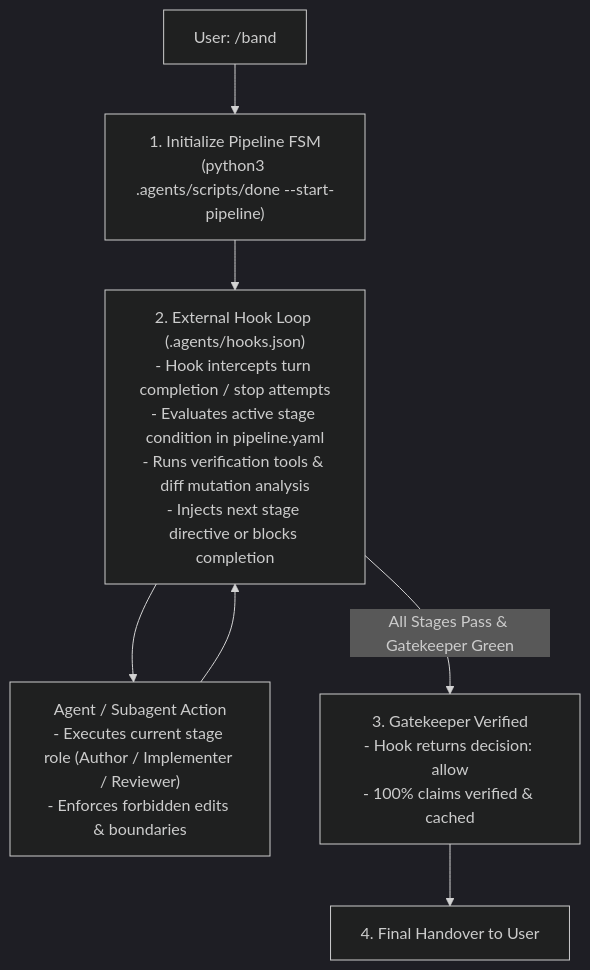
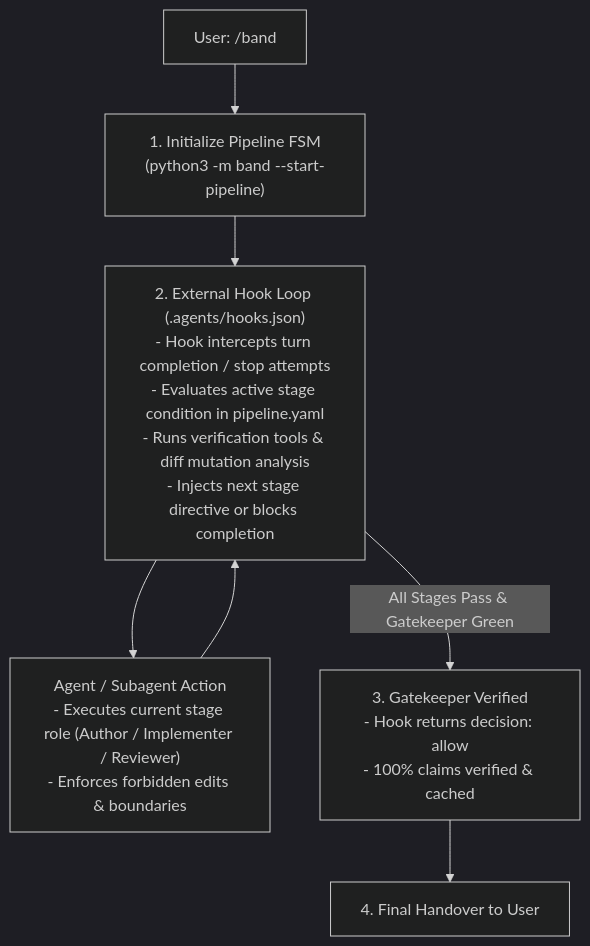
The diagram in .agents/skills/band/SKILL.md (jiva-studio/vidya), drawn with Mermaid (dark theme) before and after one commit. The commit also changed other lines of this file and 42 other files, not shown here.

````diff
--- a/.agents/skills/band/SKILL.md
+++ b/.agents/skills/band/SKILL.md
@@ -10,14 +10,14 @@
 ```mermaid
 flowchart TD
-    Trigger["User: /band"] --> InitFSM["1. Initialize Pipeline FSM\n(python3 .agents/scripts/done --start-pipeline)"]
+    Trigger["User: /band"] --> InitFSM["1. Initialize Pipeline FSM\n(python3 -m band --start-pipeline)"]
     
     InitFSM --> HookLoop["2. External Hook Loop (.agents/hooks.json)\n- Hook intercepts turn completion / stop attempts\n- Evaluates active stage condition in pipeline.yaml\n- Runs verification tools & diff mutation analysis\n- Injects next stage directive or blocks completion"]
     
     HookLoop --> StageAgent["Agent / Subagent Action\n- Executes current stage role (Author / Implementer / Reviewer)\n- Enforces forbidden edits & boundaries"]
     
     StageAgent --> HookLoop
     
     HookLoop -->|All Stages Pass & Gatekeeper Green| GatePass["3. Gatekeeper Verified\n- Hook returns decision: allow\n- 100% claims verified & cached"]
     
     GatePass --> Handover["4. Final Handover to User"]
 ```
````
